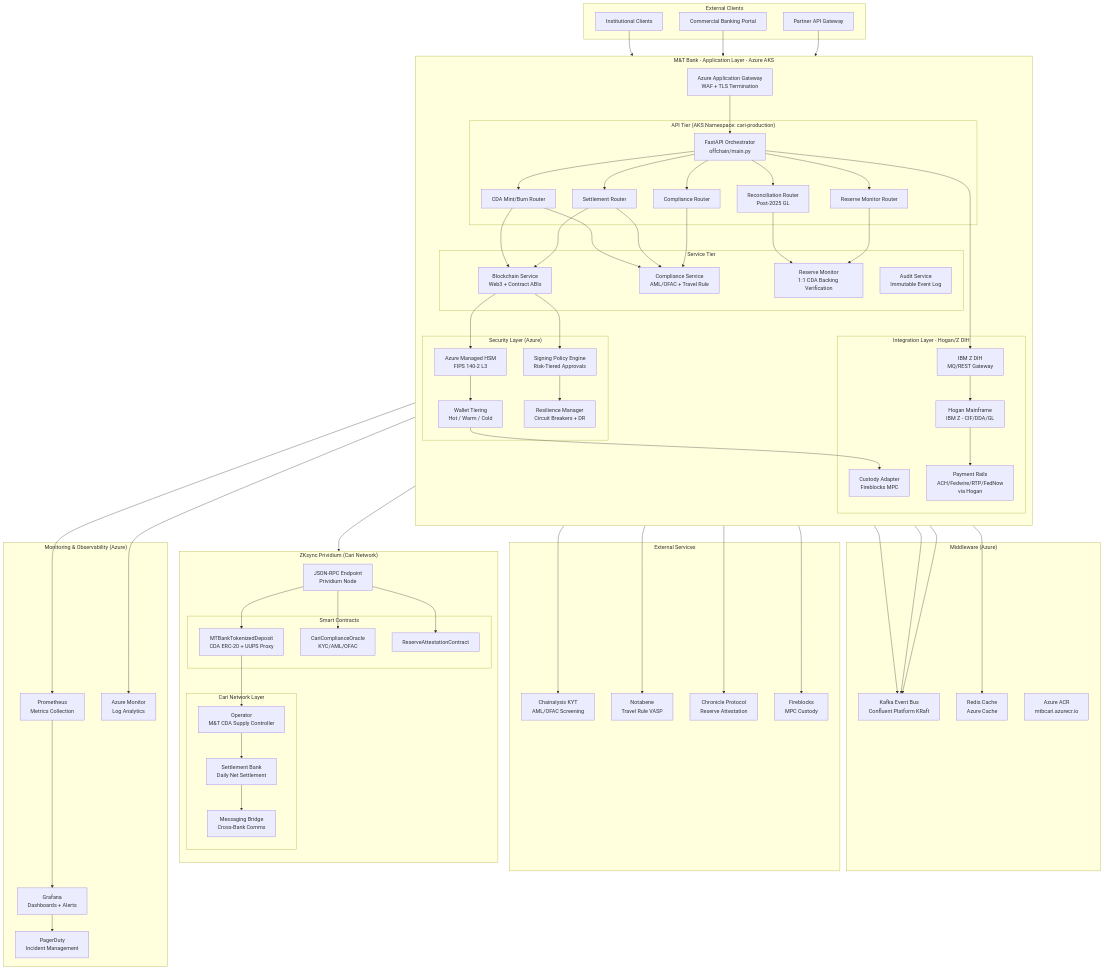
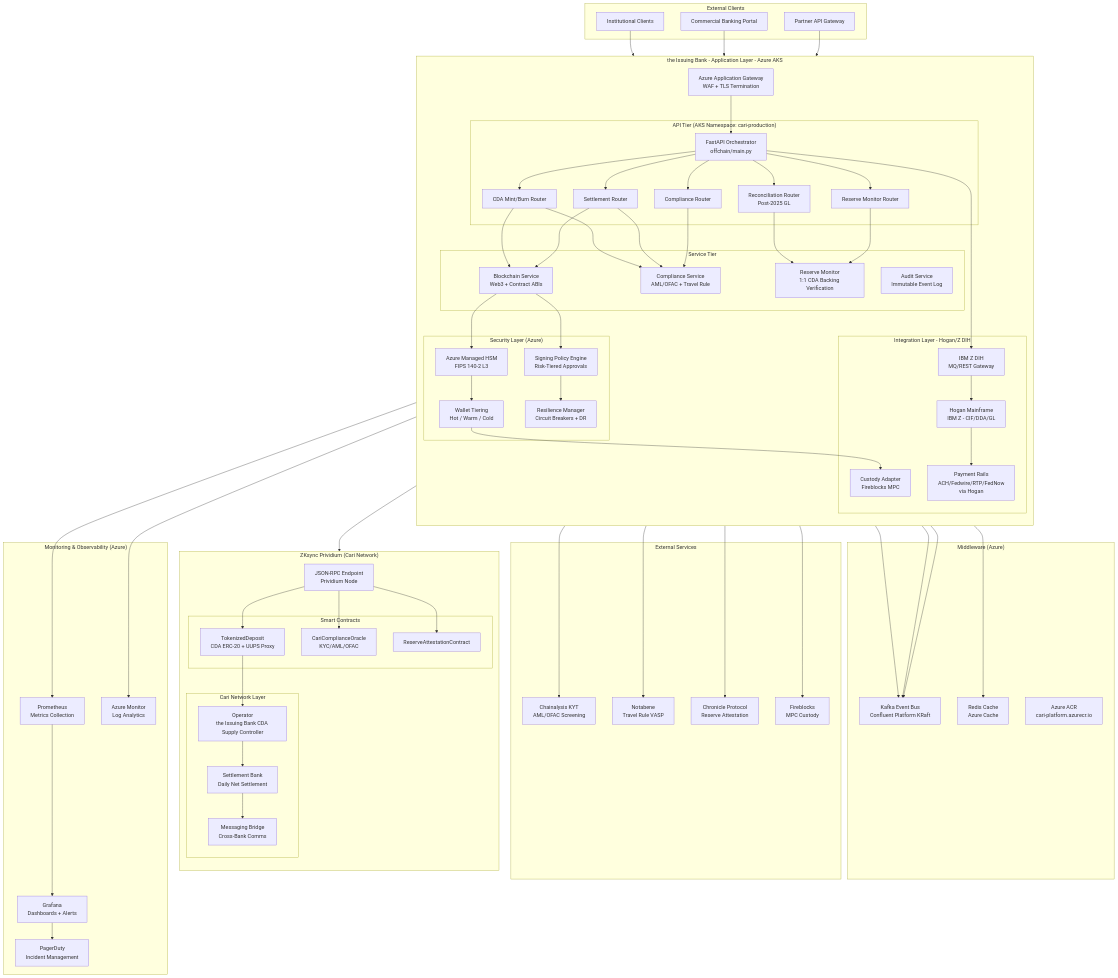
Before and after one commit to jnodes/tokenized-deposits: the first of 4 diagrams in arb_package/architecture_target_state.md, drawn with Mermaid. The commit also changed other lines of this file and 160 other files, not shown here.

First line of the commit message:
Rebrand to generic tokenized deposits platform

```diff
--- a/arb_package/architecture_target_state.md
+++ b/arb_package/architecture_target_state.md
@@ -15,7 +15,7 @@
         API_EXT[Partner API Gateway]
     end
 
-    subgraph "M&T Bank - Application Layer - Azure AKS"
+    subgraph "the Issuing Bank - Application Layer - Azure AKS"
         direction TB
         LB[Azure Application Gateway<br/>WAF + TLS Termination]
         
@@ -53,7 +53,7 @@
     subgraph "Middleware (Azure)"
         KAFKA["Kafka Event Bus<br/>Confluent Platform KRaft"]
         REDIS[Redis Cache<br/>Azure Cache]
-        ACR[Azure ACR<br/>mtbcari.azurecr.io]
+        ACR[Azure ACR<br/>cari-platform.azurecr.io]
     end
 
     subgraph "ZKsync Prividium (Cari Network)"
@@ -61,13 +61,13 @@
         RPC[JSON-RPC Endpoint<br/>Prividium Node]
         
         subgraph "Smart Contracts"
-            TOKEN[MTBankTokenizedDeposit<br/>CDA ERC-20 + UUPS Proxy]
+            TOKEN[TokenizedDeposit<br/>CDA ERC-20 + UUPS Proxy]
             ORACLE[CariComplianceOracle<br/>KYC/AML/OFAC]
             ATTEST[ReserveAttestationContract]
         end
         
         subgraph "Cari Network Layer"
-            OPERATOR[Operator<br/>M&T CDA Supply Controller]
+            OPERATOR[Operator<br/>the Issuing Bank CDA Supply Controller]
             SBANK[Settlement Bank<br/>Daily Net Settlement]
             BRIDGE[Messaging Bridge<br/>Cross-Bank Comms]
         end
```
